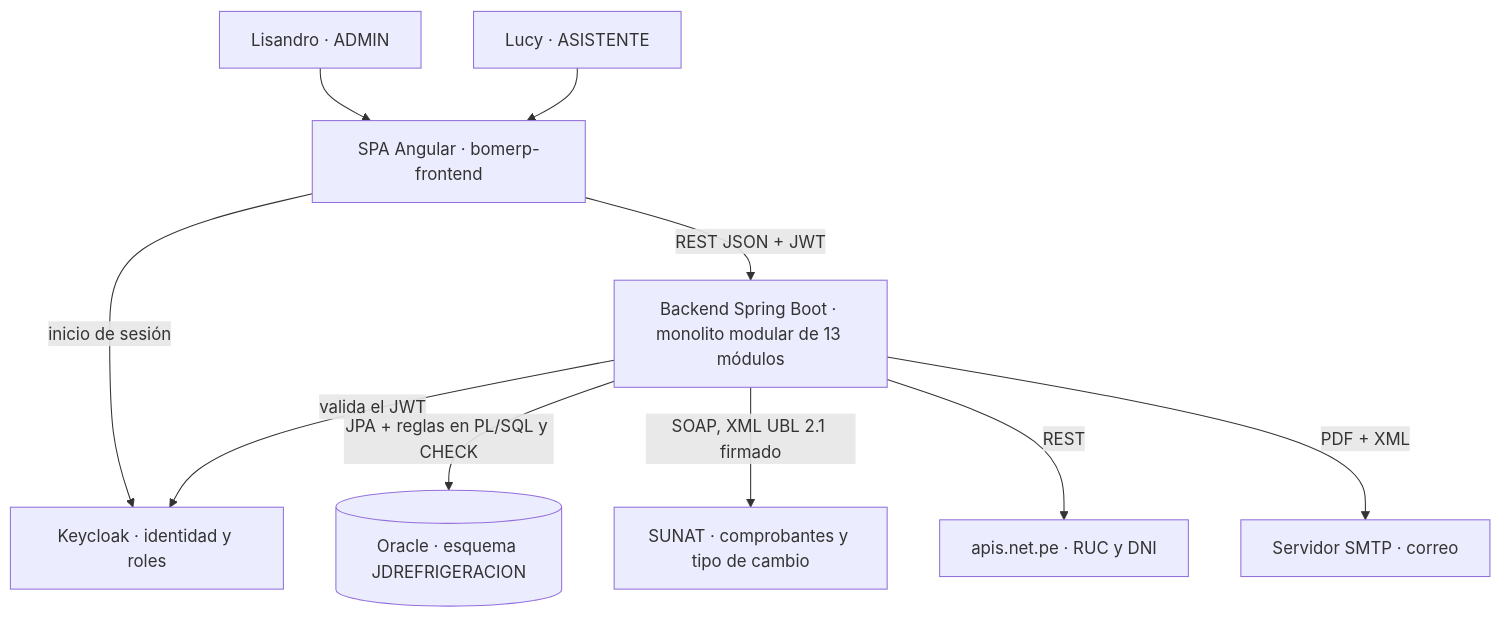
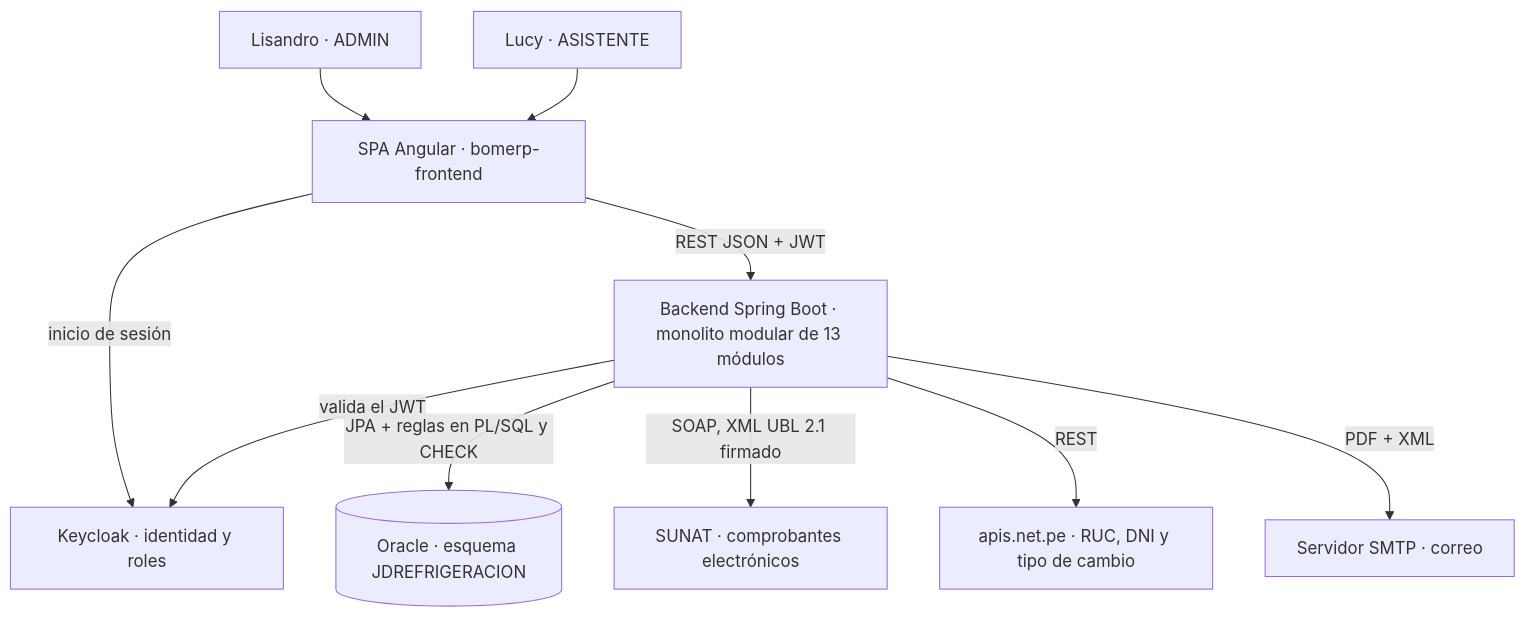
Before and after one commit to YWAGNERCS/proyecto-SAC: the diagram in docs/ads/S01_vision_arquitectonica.md, drawn with Mermaid. The commit also changed other lines of this file and 8 other files, not shown here.

````diff
--- a/docs/ads/S01_vision_arquitectonica.md
+++ b/docs/ads/S01_vision_arquitectonica.md
@@ -75,22 +75,22 @@
 ```mermaid
 flowchart TB
     L[Lisandro · ADMIN]
     U[Lucy · ASISTENTE]
     SPA[SPA Angular · bomerp-frontend]
     KC[Keycloak · identidad y roles]
     API[Backend Spring Boot · monolito modular de 13 módulos]
     DB[(Oracle · esquema JDREFRIGERACION)]
-    SUNAT[SUNAT · comprobantes y tipo de cambio]
-    RUC[apis.net.pe · RUC y DNI]
+    SUNAT[SUNAT · comprobantes electrónicos]
+    RUC[apis.net.pe · RUC, DNI y tipo de cambio]
     SMTP[Servidor SMTP · correo]
 
     L --> SPA
     U --> SPA
     SPA -- inicio de sesión --> KC
     SPA -- REST JSON + JWT --> API
     API -- valida el JWT --> KC
     API -- JPA + reglas en PL/SQL y CHECK --> DB
     API -- SOAP, XML UBL 2.1 firmado --> SUNAT
     API -- REST --> RUC
     API -- PDF + XML --> SMTP
 ```
````
